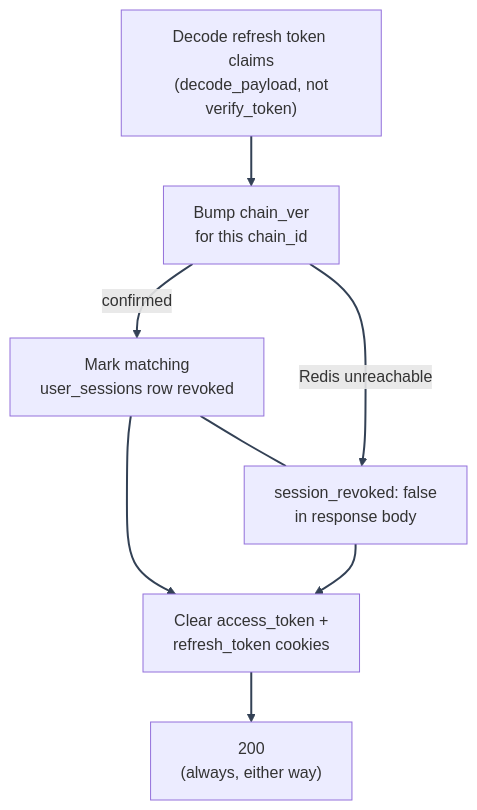
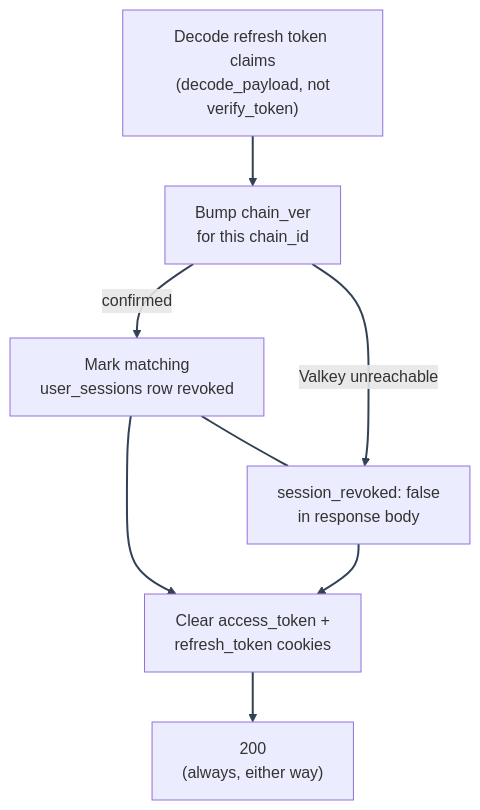
The first of 2 diagrams in docs/mystic_auth/authentication/logout.md (Nachiket-2024/mystic-auth), drawn with Mermaid before and after one commit. The commit also changed other lines of this file and 905 other files, not shown here.

First line of the commit message:
Replaced Chakra UI with shadcn/Radix, migrated Redis to Valkey, revamped UI/UX

````diff
--- a/docs/mystic_auth/authentication/logout.md
+++ b/docs/mystic_auth/authentication/logout.md
@@ -27,12 +27,12 @@
 ```mermaid
 %%{init: {"themeVariables": {"lineColor": "#334155"}} }%%
 flowchart TD
     L1["Decode refresh token claims\n (decode_payload, not verify_token)"] --> L2["Bump chain_ver\n for this chain_id"]
     L2 -->|confirmed| L3["Mark matching\n user_sessions row revoked"]
     L3 ~~~ L3b
-    L2 -->|Redis unreachable| L3b["session_revoked: false\n in response body"]
+    L2 -->|Valkey unreachable| L3b["session_revoked: false\n in response body"]
     L3 --> L4["Clear access_token +\n refresh_token cookies"]
     L3b --> L4
     L4 --> L5["200\n (always, either way)"]
     linkStyle default stroke:#334155,stroke-width:2px
 ```
````
